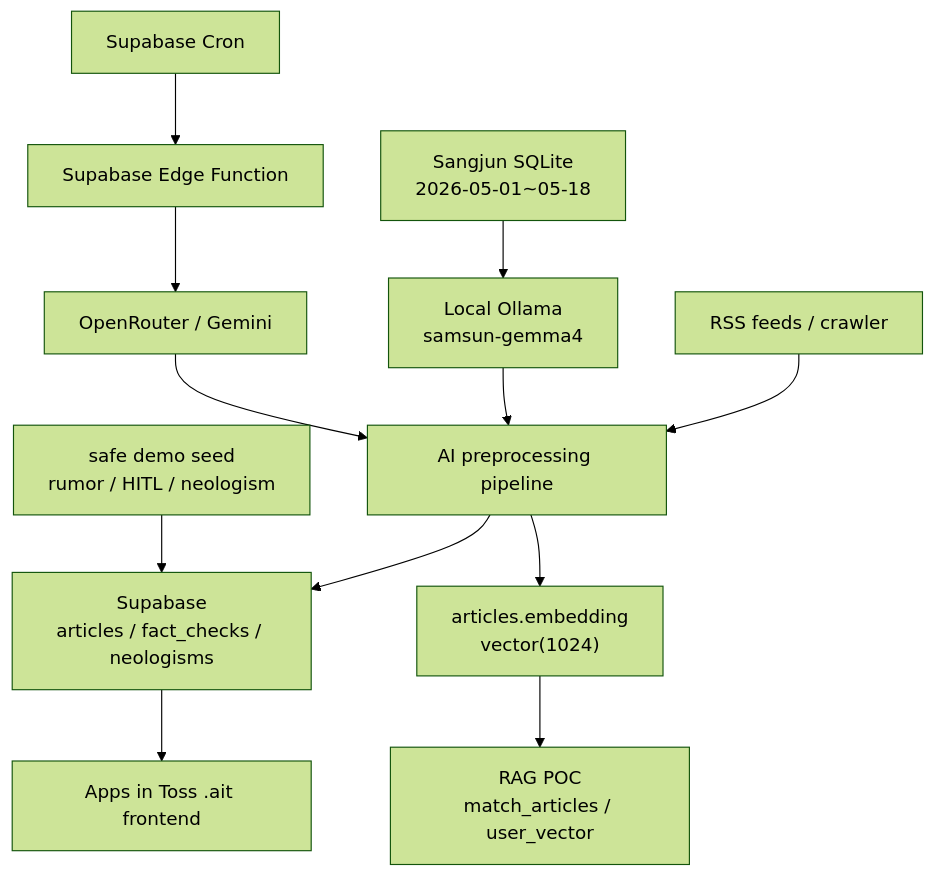
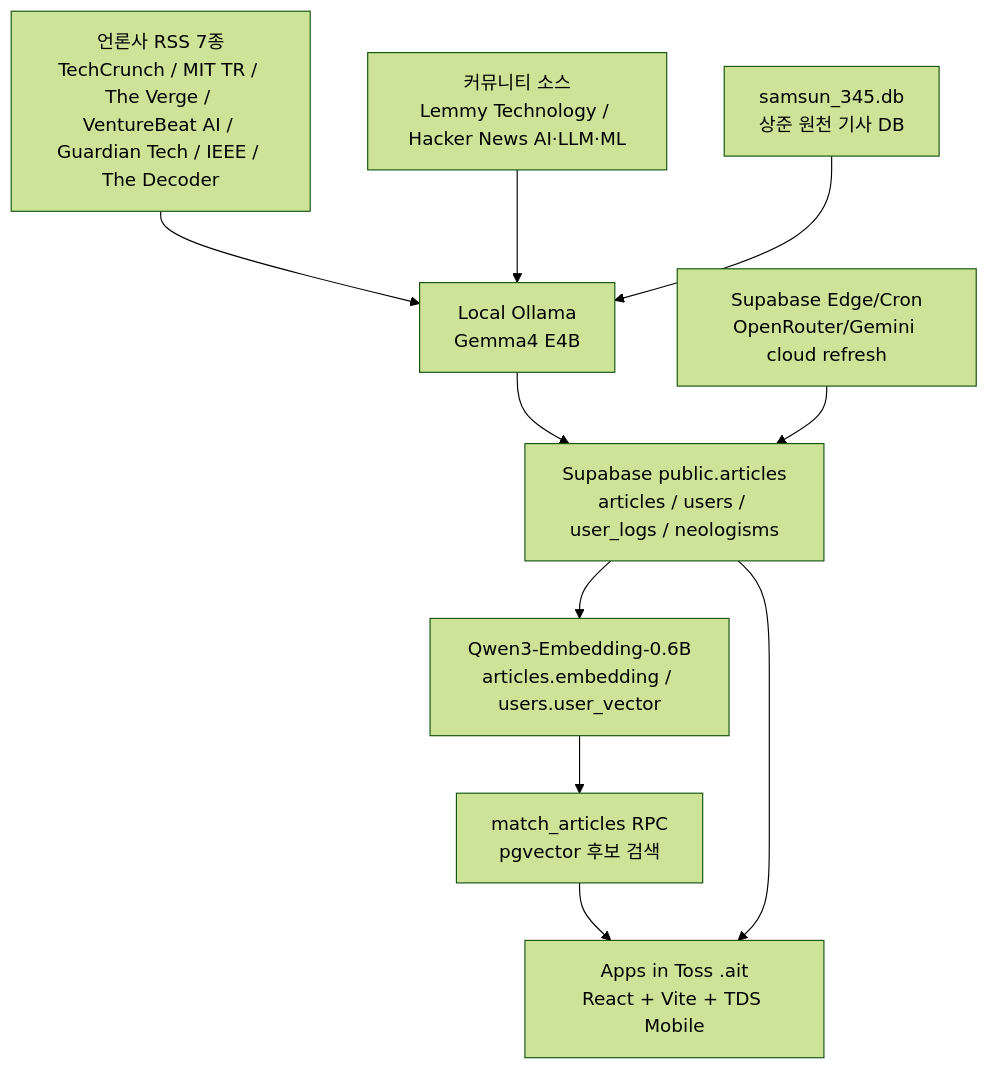
Before and after one commit to choco112167-art/Samsun-Final-Project: the first of 2 diagrams in README.md, drawn with Mermaid (forest theme). The commit also changed other lines of this file and 1 other file, not shown here.

````diff
--- a/README.md
+++ b/README.md
@@ -48,14 +49,22 @@
 ```mermaid
 flowchart TD
-  RSS["RSS feeds / crawler"] --> PIPE["AI preprocessing pipeline"]
-  SQLITE["Sangjun SQLite<br/>2026-05-01~05-18"] --> OLLAMA["Local Ollama<br/>samsun-gemma4"]
-  OLLAMA --> PIPE
-  CRON["Supabase Cron"] --> EDGE["Supabase Edge Function"]
-  EDGE --> CLOUD["OpenRouter / Gemini"]
-  CLOUD --> PIPE
-  PIPE --> SB["Supabase<br/>articles / fact_checks / neologisms"]
-  PIPE --> EMB["articles.embedding<br/>vector(1024)"]
-  EMB --> RAG["RAG POC<br/>match_articles / user_vector"]
-  DEMO["safe demo seed<br/>rumor / HITL / neologism"] --> SB
-  SB --> AIT["Apps in Toss .ait frontend"]
+  RSS["언론사 RSS 7종<br/>TechCrunch / MIT TR / The Verge / VentureBeat AI / Guardian Tech / IEEE / The Decoder"]
+  Community["커뮤니티 소스<br/>Lemmy Technology / Hacker News AI·LLM·ML"]
+  SQLite["samsun_345.db<br/>상준 원천 기사 DB"]
+  Gemma["Local Ollama<br/>Gemma4 E4B"]
+  Supabase["Supabase public.articles<br/>articles / users / user_logs / neologisms"]
+  Pgvector["Qwen3-Embedding-0.6B<br/>articles.embedding / users.user_vector"]
+  RPC["match_articles RPC<br/>pgvector 후보 검색"]
+  AIT["Apps in Toss .ait<br/>React + Vite + TDS Mobile"]
+  Cron["Supabase Edge/Cron<br/>OpenRouter/Gemini cloud refresh"]
+
+  RSS --> Gemma
+  Community --> Gemma
+  SQLite --> Gemma
+  Gemma --> Supabase
+  Supabase --> Pgvector
+  Pgvector --> RPC
+  RPC --> AIT
+  Supabase --> AIT
+  Cron --> Supabase
 ```
````
